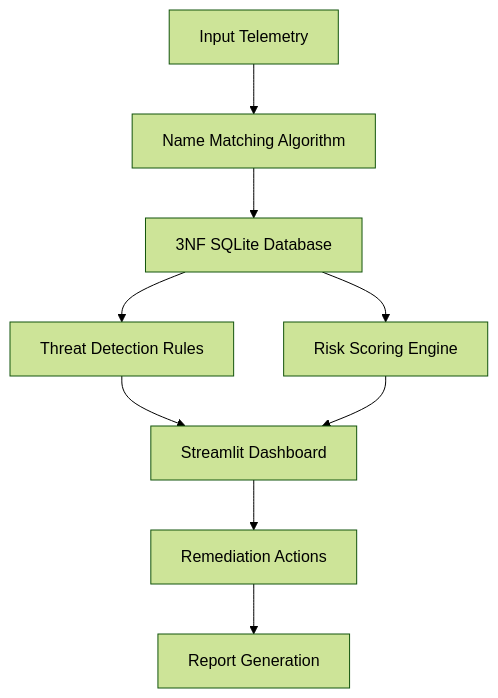
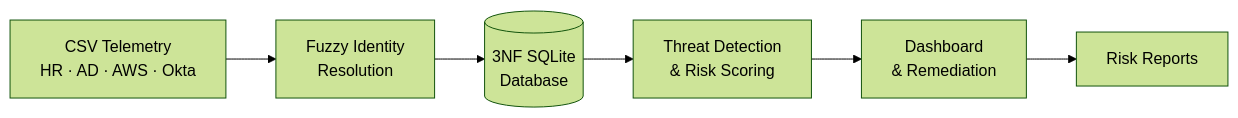
One commit to Jairamhegde/HybridGuard changed the diagram in README.md. Above: the diagram before and after it, drawn with Mermaid (forest theme). The commit also changed other lines of this file and 27 other files, not shown here.

````diff
--- a/README.md
+++ b/README.md
@@ -34,16 +29,8 @@
 ```mermaid
-flowchart TD
-    A["Input Telemetry"]
-    B["Name Matching Algorithm"]
-    C["3NF SQLite Database"]
-    D["Threat Detection Rules"]
-    E["Risk Scoring Engine"]
-    F["Streamlit Dashboard"]
-    G["Remediation Actions"]
-    H["Report Generation"]
-
-    A --> B --> C
-    C --> D --> F
-    C --> E --> F
-    F --> G --> H
+flowchart LR
+    A["CSV Telemetry<br/>HR · AD · AWS · Okta"] --> B["Fuzzy Identity<br/>Resolution"]
+    B --> C[("3NF SQLite<br/>Database")]
+    C --> D["Threat Detection<br/>& Risk Scoring"]
+    D --> E["Dashboard<br/>& Remediation"]
+    E --> F["Risk Reports"]
 ```
````
